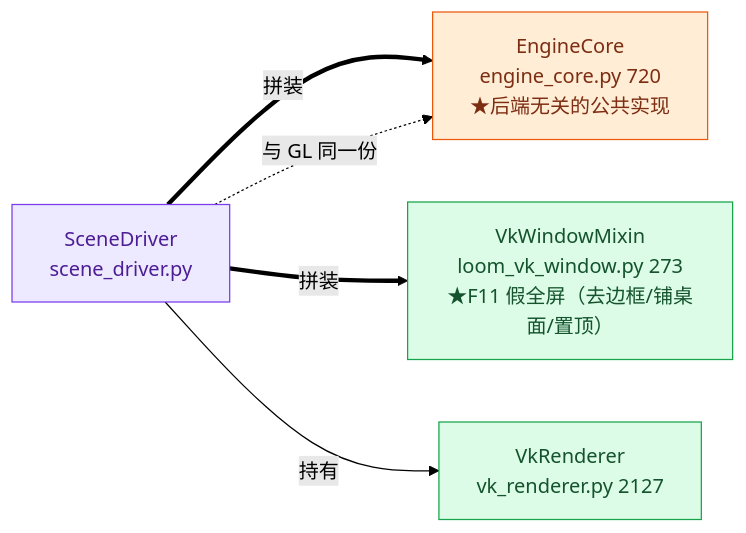
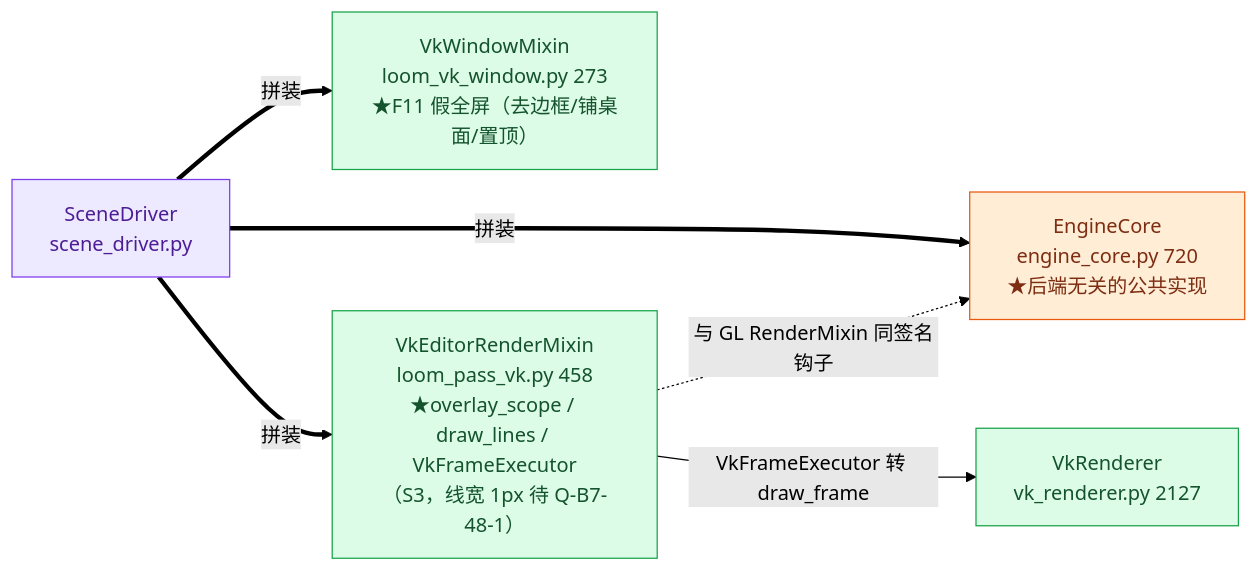
The third of 23 diagrams in ARCHITECTURE.md (lhy302/WeaveEngine), drawn with Mermaid (forest theme) before and after one commit. The commit also changed other lines of this file and 7 other files, not shown here.

````diff
--- a/ARCHITECTURE.md
+++ b/ARCHITECTURE.md
@@ -184,11 +184,12 @@
 ```mermaid
 flowchart LR
   S["SceneDriver<br/>scene_driver.py"]:::facade
   S ==>|拼装| K["EngineCore<br/>engine_core.py 720<br/>★后端无关的公共实现"]:::contract
   S ==>|拼装| W["VkWindowMixin<br/>loom_vk_window.py 273<br/>★F11 假全屏（去边框/铺桌面/置顶）"]:::impl
-  S -->|持有| R["VkRenderer<br/>vk_renderer.py 2127"]:::impl
-  S -.->|与 GL 同一份| K
+  S ==>|拼装| V["VkEditorRenderMixin<br/>loom_pass_vk.py 458<br/>★overlay_scope / draw_lines / VkFrameExecutor<br/>（S3，线宽 1px 待 Q-B7-48-1）"]:::impl
+  V -->|VkFrameExecutor 转 draw_frame| R["VkRenderer<br/>vk_renderer.py 2127"]:::impl
+  V -.->|与 GL RenderMixin 同签名钩子| K
   classDef facade fill:#ede9fe,stroke:#7c3aed,color:#4c1d95
   classDef impl fill:#dcfce7,stroke:#16a34a,color:#14532d
   classDef contract fill:#ffedd5,stroke:#ea580c,color:#7c2d12
 ```
````
